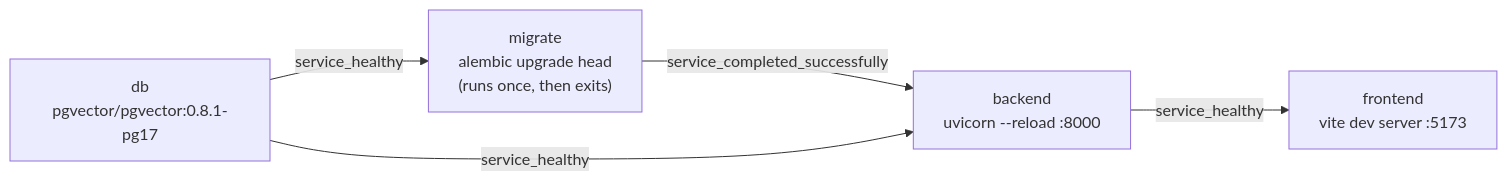
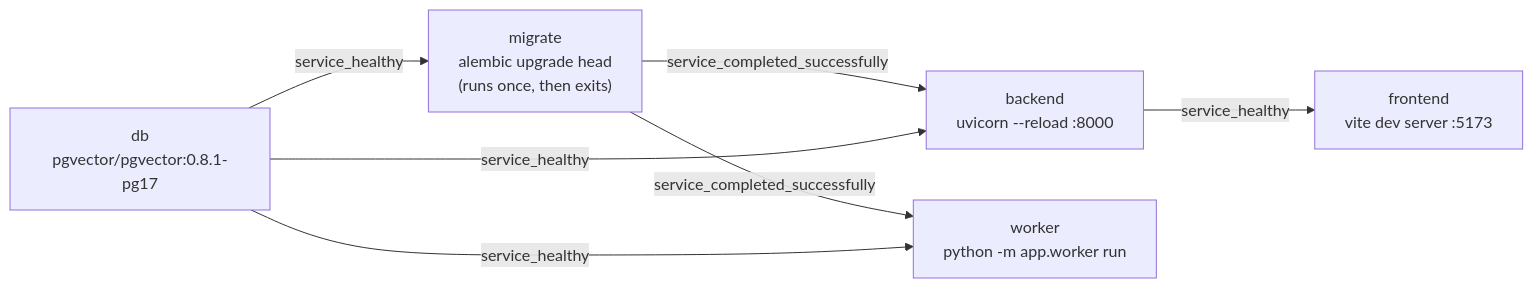
Before and after one commit to Yash01Negi/docs-rag-platform: the second of 2 diagrams in docs/architecture.md, drawn with Mermaid. The commit also changed other lines of this file and 6 other files, not shown here.

````diff
--- a/docs/architecture.md
+++ b/docs/architecture.md
@@ -118,12 +170,15 @@
 ```mermaid
 flowchart LR
     db["db<br/>pgvector/pgvector:0.8.1-pg17"]
     migrate["migrate<br/>alembic upgrade head<br/>(runs once, then exits)"]
     backend["backend<br/>uvicorn --reload :8000"]
+    worker["worker<br/>python -m app.worker run"]
     frontend["frontend<br/>vite dev server :5173"]
 
     db -- "service_healthy" --> migrate
     migrate -- "service_completed_successfully" --> backend
+    migrate -- "service_completed_successfully" --> worker
     db -- "service_healthy" --> backend
+    db -- "service_healthy" --> worker
     backend -- "service_healthy" --> frontend
 ```
````
